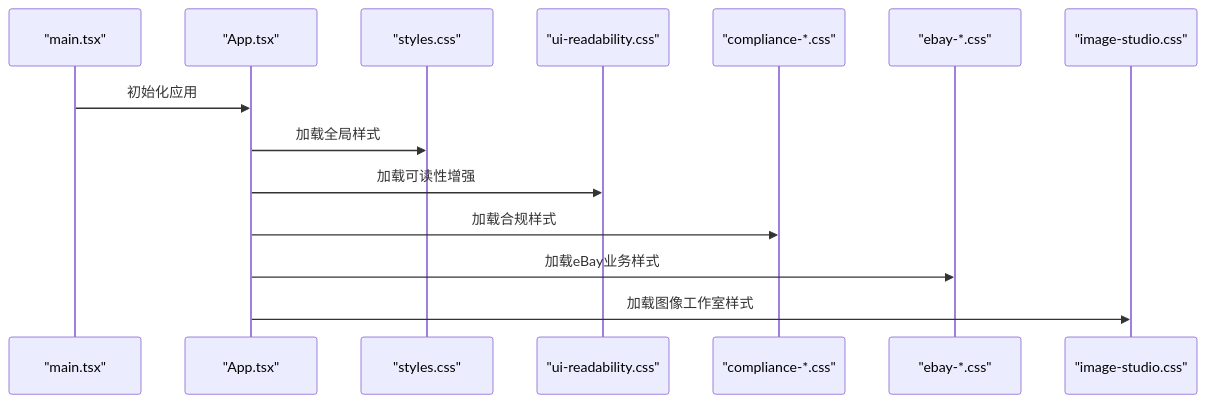
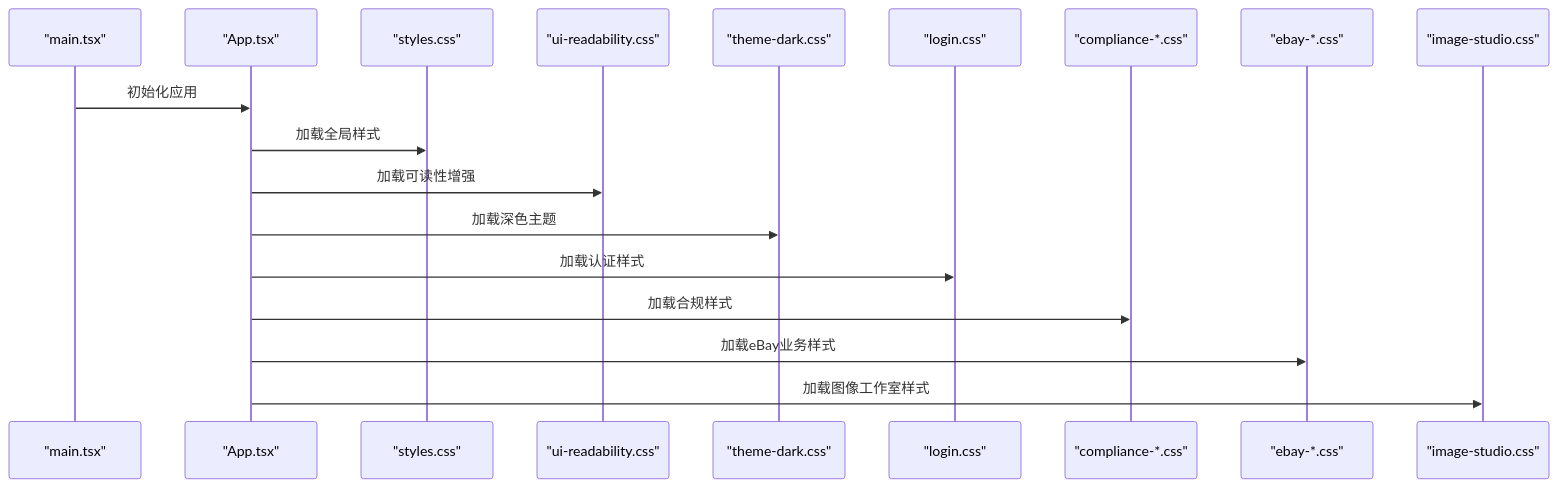
Before and after one commit to iljahofbauer219-lang/yandu: the third of 3 diagrams in .qoder/repowiki/zh/content/系统架构/渲染进程架构/UI组件库与样式系统.md, drawn with Mermaid. The commit also changed other lines of this file and 3071 other files, not shown here.

````diff
--- a/.qoder/repowiki/zh/content/系统架构/渲染进程架构/UI组件库与样式系统.md
+++ b/.qoder/repowiki/zh/content/系统架构/渲染进程架构/UI组件库与样式系统.md
@@ -267,16 +319,20 @@
 ```mermaid
 sequenceDiagram
 participant M as "main.tsx"
 participant A as "App.tsx"
 participant S as "styles.css"
 participant U as "ui-readability.css"
+participant T as "theme-dark.css"
+participant L as "login.css"
 participant C as "compliance-*.css"
 participant E as "ebay-*.css"
 participant I as "image-studio.css"
 M->>A : 初始化应用
 A->>S : 加载全局样式
 A->>U : 加载可读性增强
+A->>T : 加载深色主题
+A->>L : 加载认证样式
 A->>C : 加载合规样式
 A->>E : 加载eBay业务样式
 A->>I : 加载图像工作室样式
 ```
````
